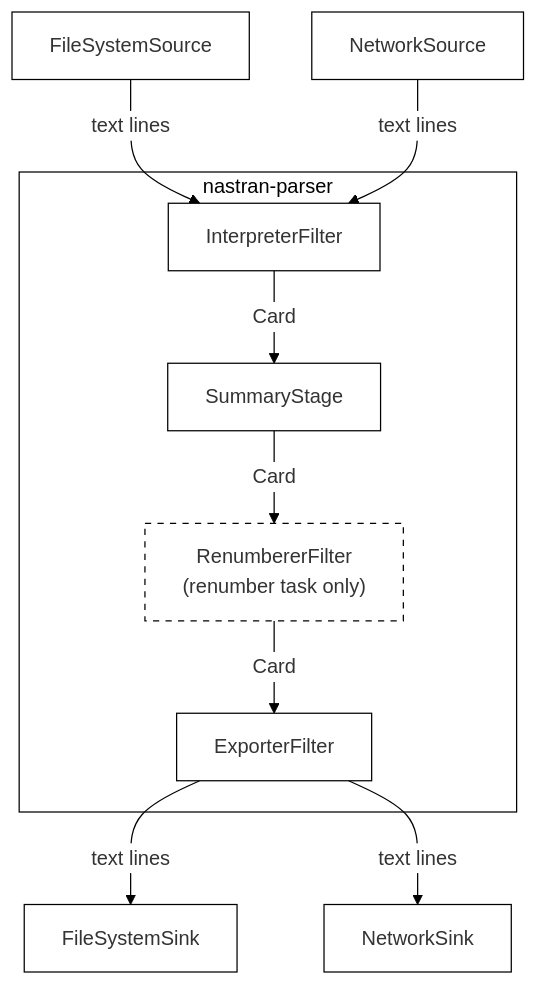
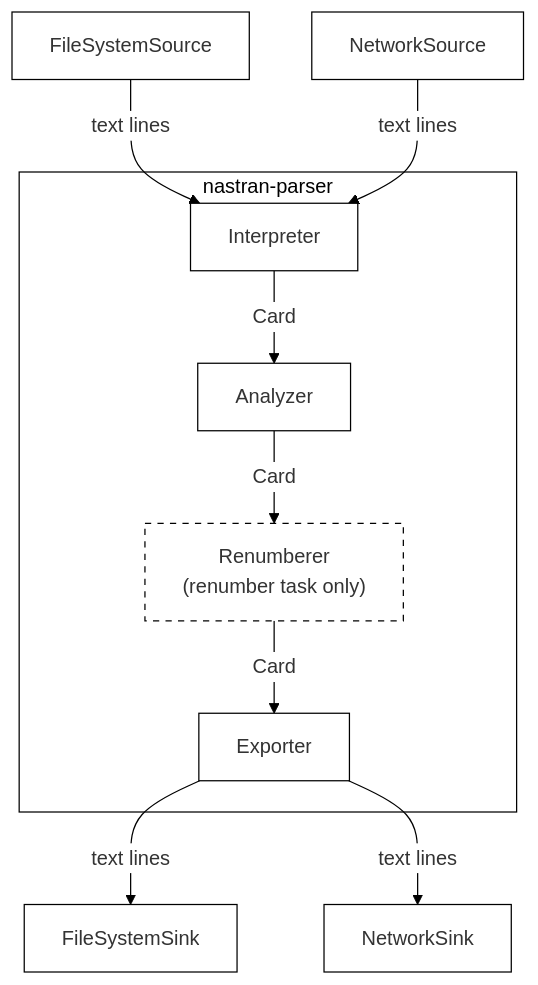
Before and after one commit to micos20/nastran-parser: the first of 2 diagrams in architecture/architectural_dossier.md, drawn with Mermaid. The commit also changed other lines of this file and 1 other file, not shown here.

First line of the commit message:
docs: add functional breakdown diagram and align module names

````diff
--- a/architecture/architectural_dossier.md
+++ b/architecture/architectural_dossier.md
@@ -96,26 +94,26 @@
 ```mermaid
 %%{init: {'theme': 'base', 'themeVariables': {'background': '#ffffff', 'primaryColor': '#ffffff', 'primaryBorderColor': '#000000', 'clusterBkg': '#ffffff', 'clusterBorder': '#000000', 'lineColor': '#000000', 'textColor': '#000000'}}}%%
 flowchart TD
     FS["FileSystemSource"]
     NS["NetworkSource"]
 
     subgraph np["nastran-parser"]
-        IF["InterpreterFilter"]
-        SS["SummaryStage"]
-        RF["RenumbererFilter\n(renumber task only)"]:::opt
-        EF["ExporterFilter"]
+        IF["Interpreter"]
+        SS["Analyzer"]
+        RF["Renumberer\n(renumber task only)"]:::opt
+        EF["Exporter"]
     end
 
     FSink["FileSystemSink"]
     NSink["NetworkSink"]
 
     FS -->|"text lines"| IF
     NS -->|"text lines"| IF
     IF -->|"Card"| SS
     SS -->|"Card"| RF
     RF -->|"Card"| EF
     EF -->|"text lines"| FSink
     EF -->|"text lines"| NSink
 
     classDef opt stroke-dasharray: 5 5
 ```
````
